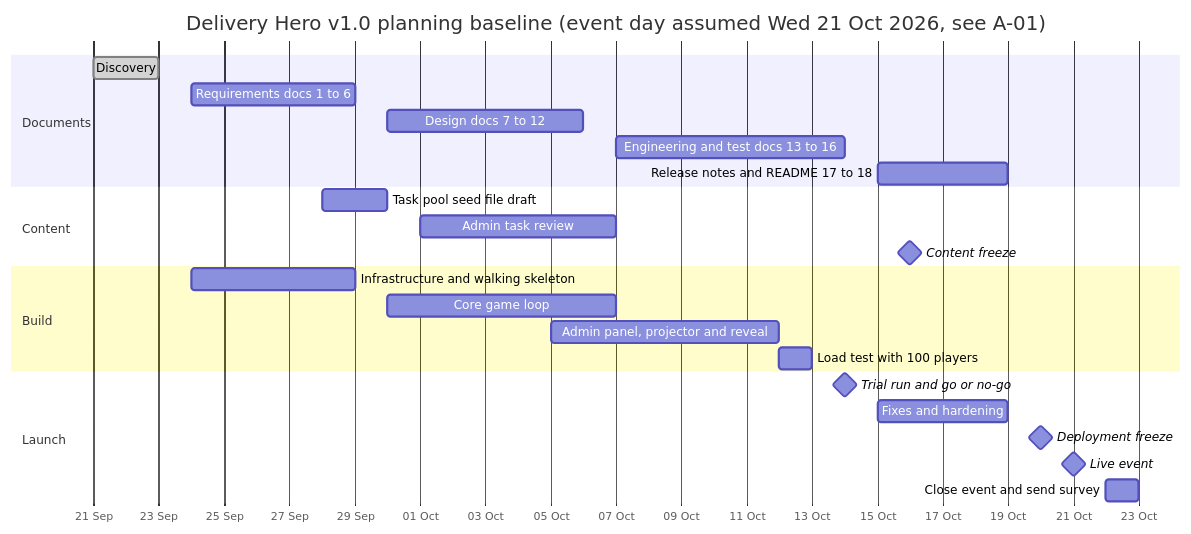
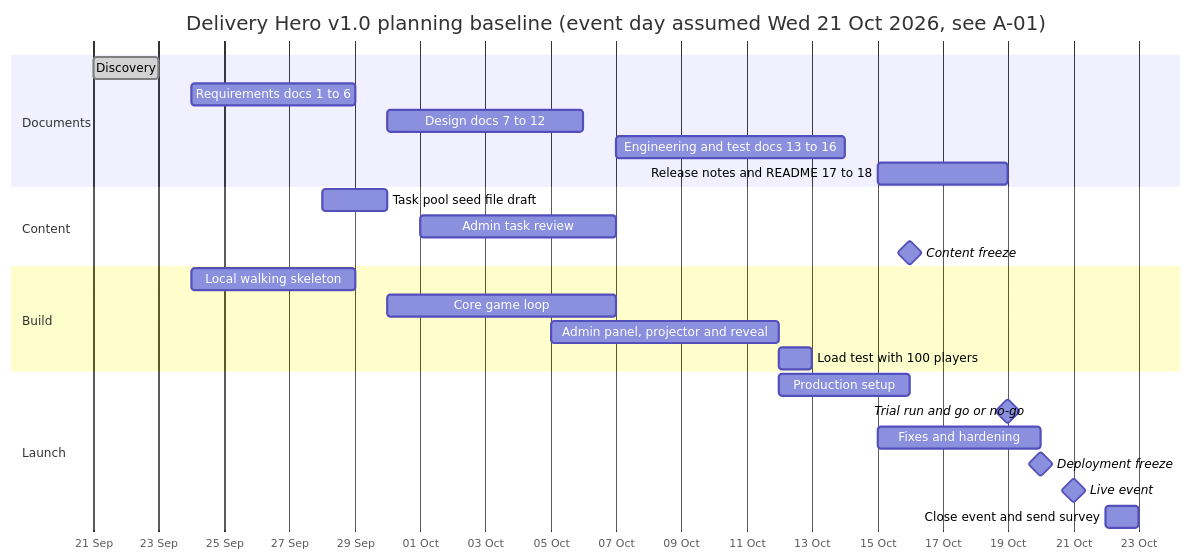
The second of 2 diagrams in docs/01-project-charter.md (omkarjadhav1011/delivery_hero), drawn with Mermaid before and after one commit. The commit also changed other lines of this file, not shown here.

Commit message:
docs(charter): DEC-213 local-only development, trial run moves to Mon 19 Oct

````diff
--- a/docs/01-project-charter.md
+++ b/docs/01-project-charter.md
@@ -302,27 +305,28 @@
 ```mermaid
 gantt
     title Delivery Hero v1.0 planning baseline (event day assumed Wed 21 Oct 2026, see A-01)
     dateFormat YYYY-MM-DD
     axisFormat %d %b
     section Documents
     Discovery                             :done, disc, 2026-09-21, 2026-09-23
     Requirements docs 1 to 6              :req, 2026-09-24, 2026-09-29
     Design docs 7 to 12                   :des, 2026-09-30, 2026-10-06
     Engineering and test docs 13 to 16    :eng, 2026-10-07, 2026-10-14
     Release notes and README 17 to 18     :rel, 2026-10-15, 2026-10-19
     section Content
     Task pool seed file draft             :tp, 2026-09-28, 2026-09-30
     Admin task review                     :trv, 2026-10-01, 2026-10-07
     Content freeze                        :milestone, cf, 2026-10-16, 0d
     section Build
-    Infrastructure and walking skeleton   :inf, 2026-09-24, 2026-09-29
+    Local walking skeleton                :inf, 2026-09-24, 2026-09-29
     Core game loop                        :core, 2026-09-30, 2026-10-07
     Admin panel, projector and reveal     :adm, 2026-10-05, 2026-10-12
     Load test with 100 players            :lt, 2026-10-12, 2026-10-13
     section Launch
-    Trial run and go or no-go             :milestone, trial, 2026-10-14, 0d
-    Fixes and hardening                   :fix, 2026-10-15, 2026-10-19
+    Production setup                      :prod, 2026-10-12, 2026-10-16
+    Trial run and go or no-go             :milestone, trial, 2026-10-19, 0d
+    Fixes and hardening                   :fix, 2026-10-15, 2026-10-20
     Deployment freeze                     :milestone, dfz, 2026-10-20, 0d
     Live event                            :milestone, live, 2026-10-21, 0d
     Close event and send survey           :post, 2026-10-22, 1d
 ```
````
